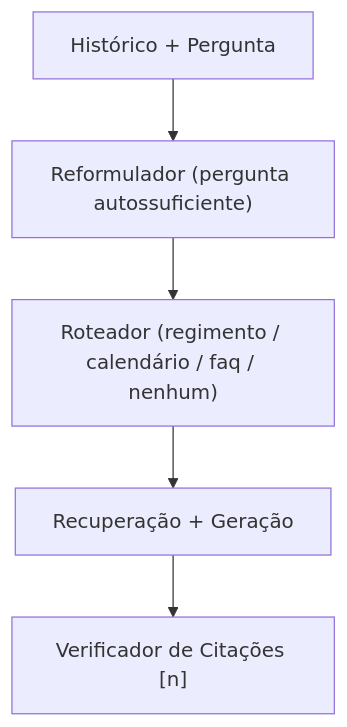
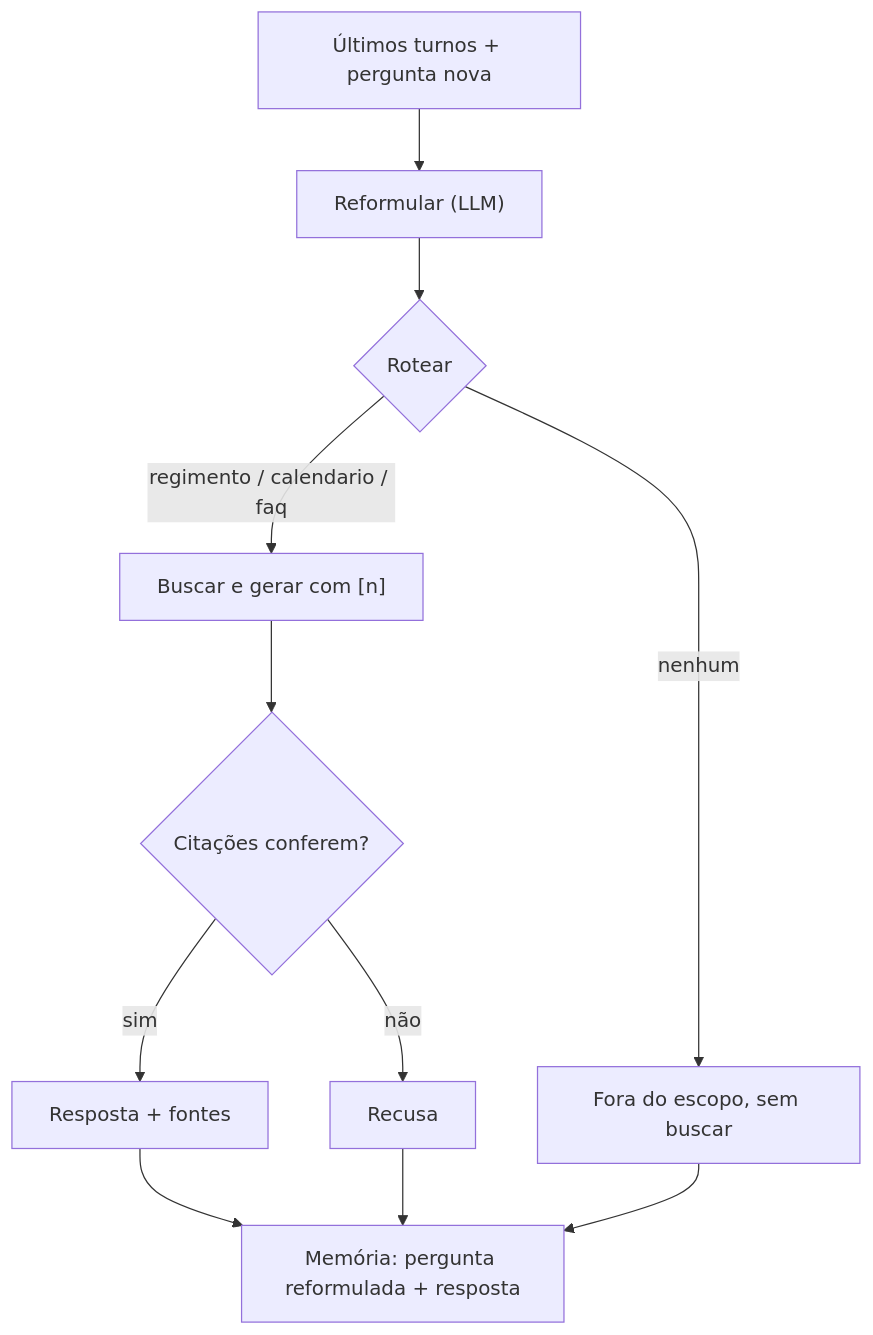
The diagram in content/cursos/n7-engenharia-de-ia/04-rag/04-rag-avancado.lvl.md (Lip3Bazinga/v0-level-usp-project), drawn with Mermaid before and after one commit. The commit also changed other lines of this file and 3 other files, not shown here.

````diff
--- a/content/cursos/n7-engenharia-de-ia/04-rag/04-rag-avancado.lvl.md
+++ b/content/cursos/n7-engenharia-de-ia/04-rag/04-rag-avancado.lvl.md
@@ -25,7 +27,13 @@
 ```mermaid
 flowchart TD
-    H["Histórico + Pergunta"] --> R["Reformulador (pergunta autossuficiente)"]
-    R --> RT["Roteador (regimento / calendário / faq / nenhum)"]
-    RT --> B["Recuperação + Geração"]
-    B --> V["Verificador de Citações [n]"]
+    H["Últimos turnos + pergunta nova"] --> R["Reformular (LLM)"]
+    R --> RT{"Rotear"}
+    RT -- "nenhum" --> F["Fora do escopo, sem buscar"]
+    RT -- "regimento / calendario / faq" --> B["Buscar e gerar com [n]"]
+    B --> V{"Citações conferem?"}
+    V -- "não" --> X["Recusa"]
+    V -- "sim" --> A["Resposta + fontes"]
+    A --> M["Memória: pergunta reformulada + resposta"]
+    X --> M
+    F --> M
 ```
````
